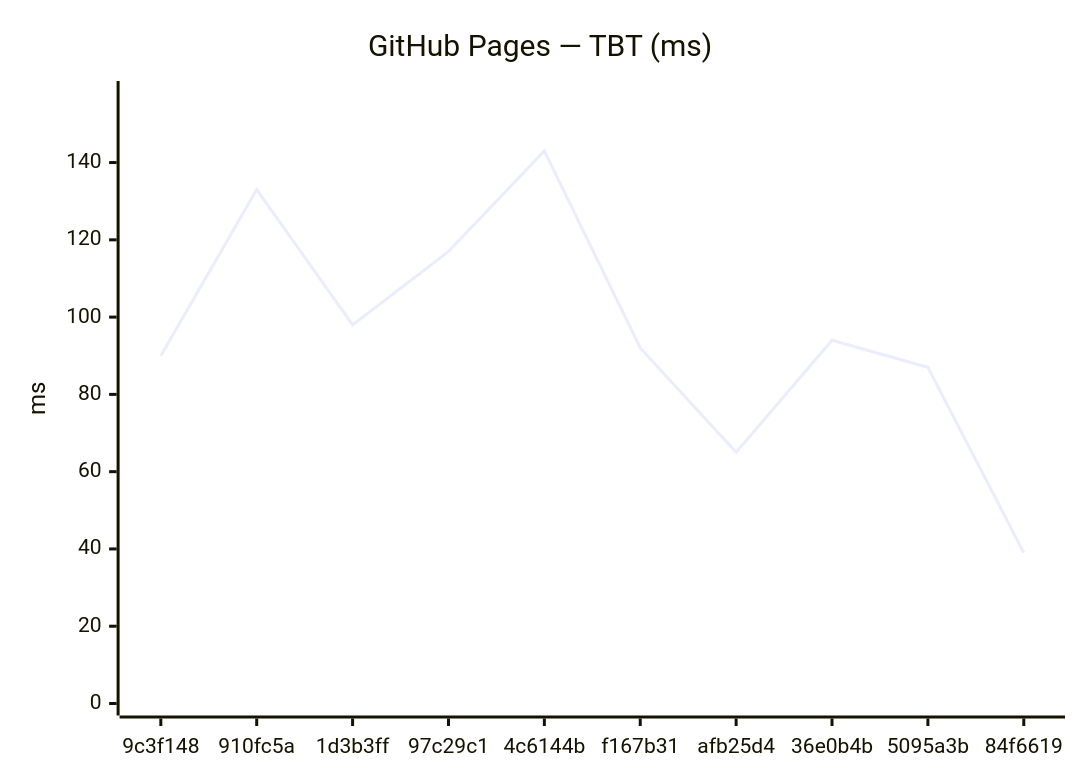
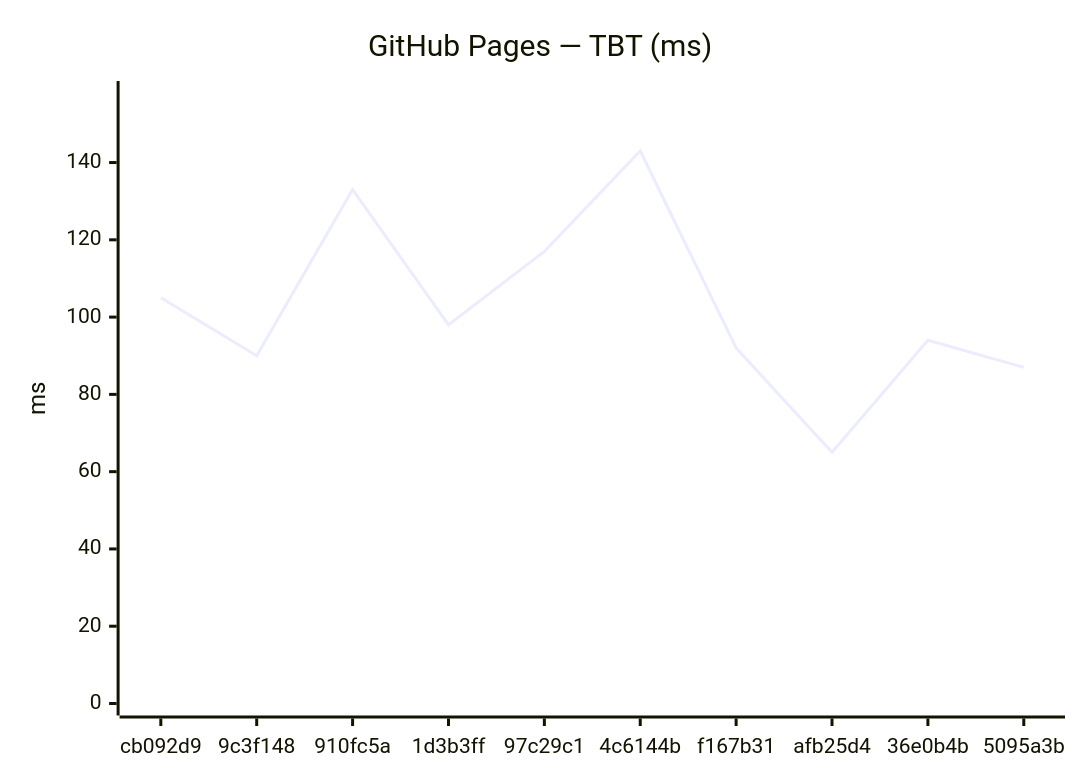
The fourth of 18 diagrams in benchmarks/compare.md (Metaheurist/Rianell), drawn with Mermaid before and after one commit. The commit also changed other lines of this file and 11 other files, not shown here.

````diff
--- a/benchmarks/compare.md
+++ b/benchmarks/compare.md
@@ -61,7 +61,7 @@
 ```mermaid
 xychart-beta
     title "GitHub Pages — TBT (ms)"
-    x-axis ["9c3f148", "910fc5a", "1d3b3ff", "97c29c1", "4c6144b", "f167b31", "afb25d4", "36e0b4b", "5095a3b", "84f6619"]
+    x-axis ["cb092d9", "9c3f148", "910fc5a", "1d3b3ff", "97c29c1", "4c6144b", "f167b31", "afb25d4", "36e0b4b", "5095a3b"]
     y-axis "ms" 0 --> 158
-    line [90, 133, 98, 117, 143, 92, 65, 94, 87, 39]
+    line [105, 90, 133, 98, 117, 143, 92, 65, 94, 87]
 ```
````
